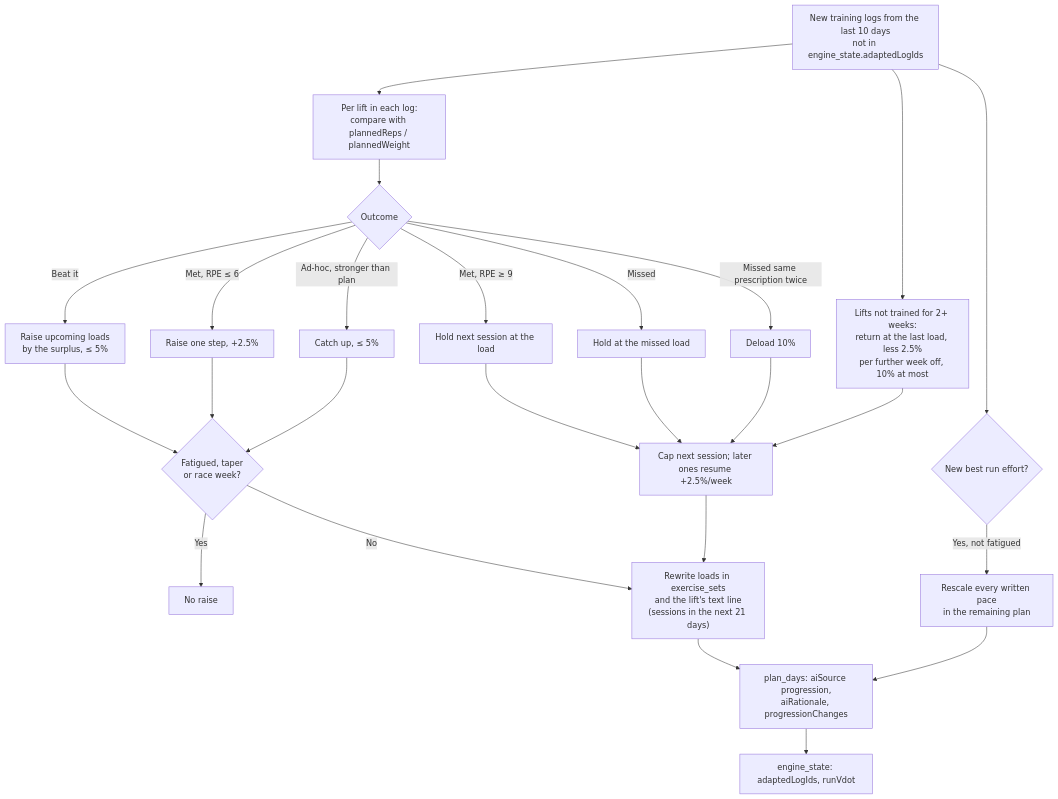
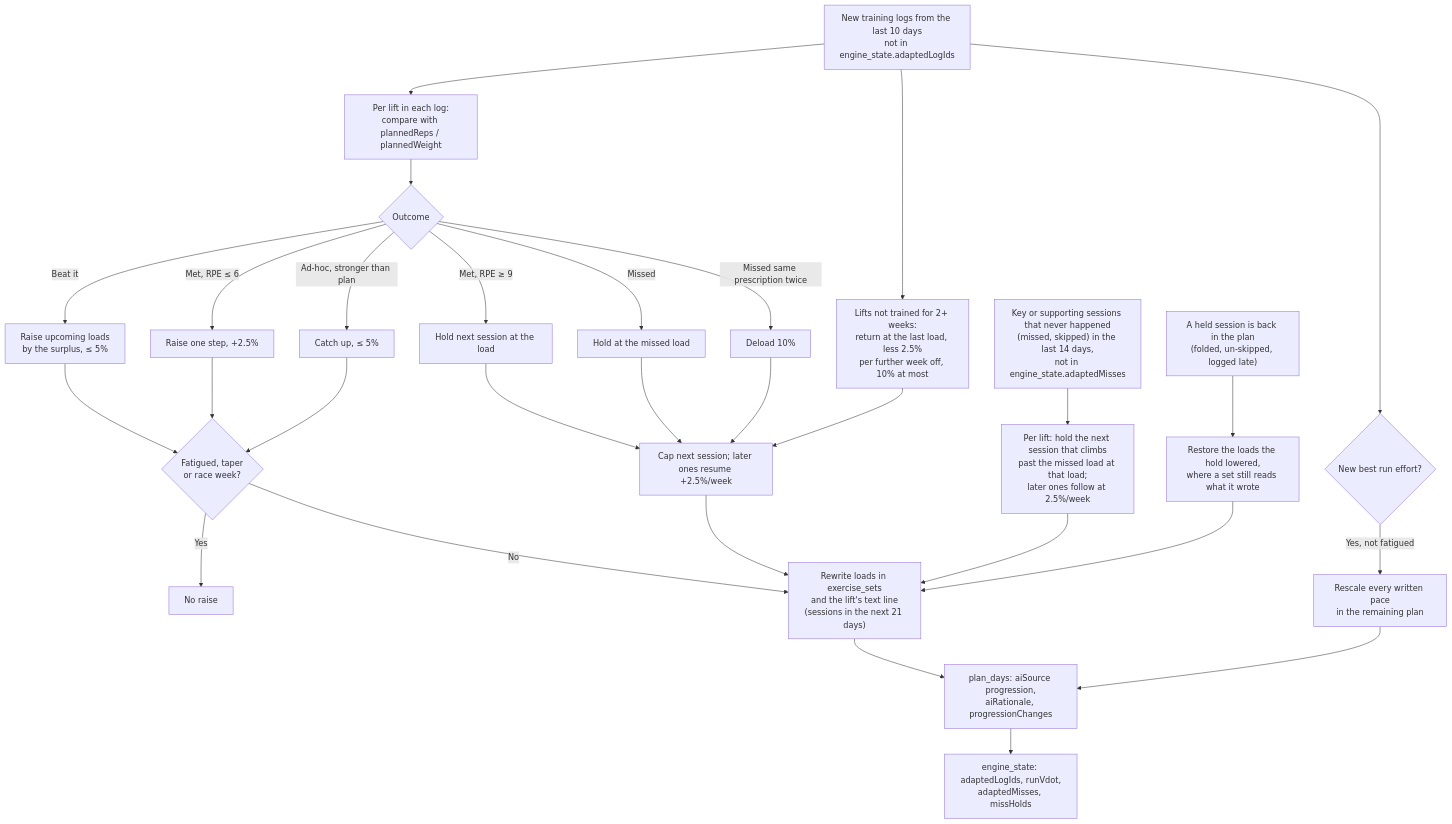
Before and after one commit to daler91/Hyrox-Companion: the fifth of 5 diagrams in docs/ai-coach-auto-regulation-flow.md, drawn with Mermaid. The commit also changed other lines of this file and 26 other files, not shown here.

````diff
--- a/docs/ai-coach-auto-regulation-flow.md
+++ b/docs/ai-coach-auto-regulation-flow.md
@@ -283,23 +288,27 @@
 ```mermaid
 flowchart TD
     A["New training logs from the last 10 days<br/>not in engine_state.adaptedLogIds"] --> B["Per lift in each log:<br/>compare with plannedReps / plannedWeight"]
     B --> C{"Outcome"}
     C -- "Beat it" --> R1["Raise upcoming loads<br/>by the surplus, ≤ 5%"]
     C -- "Met, RPE ≤ 6" --> R2["Raise one step, +2.5%"]
     C -- "Met, RPE ≥ 9" --> H1["Hold next session at the load"]
     C -- "Missed" --> H2["Hold at the missed load"]
     C -- "Missed same prescription twice" --> D1["Deload 10%"]
     C -- "Ad-hoc, stronger than plan" --> R3["Catch up, ≤ 5%"]
     R1 & R2 & R3 --> G{"Fatigued, taper<br/>or race week?"}
     G -- "Yes" --> N1["No raise"]
     G -- "No" --> W["Rewrite loads in exercise_sets<br/>and the lift's text line<br/>(sessions in the next 21 days)"]
     H1 & H2 & D1 --> W2["Cap next session; later ones resume +2.5%/week"]
     W2 --> W
     A --> BR["Lifts not trained for 2+ weeks:<br/>return at the last load, less 2.5%<br/>per further week off, 10% at most"]
     BR --> W2
+    MS["Key or supporting sessions that never happened<br/>(missed, skipped) in the last 14 days,<br/>not in engine_state.adaptedMisses"] --> MH["Per lift: hold the next session that climbs<br/>past the missed load at that load;<br/>later ones follow at 2.5%/week"]
+    MH --> W
+    MB["A held session is back in the plan<br/>(folded, un-skipped, logged late)"] --> MR["Restore the loads the hold lowered,<br/>where a set still reads what it wrote"]
+    MR --> W
     A --> RUN{"New best run effort?"}
     RUN -- "Yes, not fatigued" --> P["Rescale every written pace<br/>in the remaining plan"]
     W --> Z["plan_days: aiSource progression,<br/>aiRationale, progressionChanges"]
     P --> Z
-    Z --> S["engine_state: adaptedLogIds, runVdot"]
+    Z --> S["engine_state: adaptedLogIds, runVdot,<br/>adaptedMisses, missHolds"]
 ```
````
